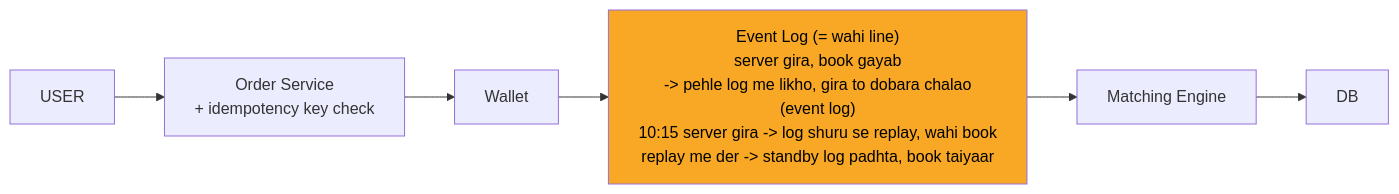
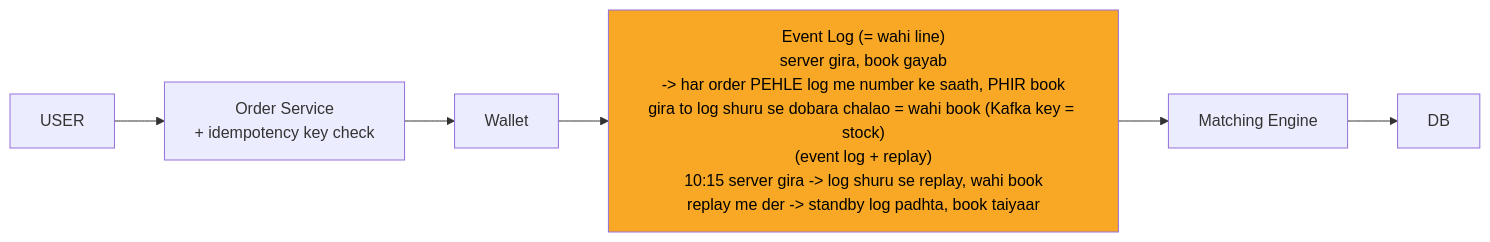
The sixth of 10 diagrams in 04_HLD/SYSTEM_DESIGNS/05_stock_broker_trading/05_stock_broker_trading.md (ArpanMaheshwari144/Prep), drawn with Mermaid before and after one commit. The commit also changed other lines of this file and 13 other files, not shown here.

````diff
--- a/04_HLD/SYSTEM_DESIGNS/05_stock_broker_trading/05_stock_broker_trading.md
+++ b/04_HLD/SYSTEM_DESIGNS/05_stock_broker_trading/05_stock_broker_trading.md
@@ -235,16 +239,16 @@
 ```mermaid
 %%{init: {"flowchart": {"wrappingWidth": 450}}}%%
 flowchart LR
     n_USER["USER"]
     n_Order_Service["Order Service<br/>+ idempotency key check"]
     n_Wallet["Wallet"]
-    n_Event_Log["Event Log (= wahi line)<br/>server gira, book gayab<br/>-> pehle log me likho, gira to dobara chalao<br/>(event log)<br/>10:15 server gira -> log shuru se replay, wahi book<br/>replay me der -> standby log padhta, book taiyaar"]
+    n_Event_Log["Event Log (= wahi line)<br/>server gira, book gayab<br/>-> har order PEHLE log me number ke saath, PHIR book<br/>gira to log shuru se dobara chalao = wahi book (Kafka key = stock)<br/>(event log + replay)<br/>10:15 server gira -> log shuru se replay, wahi book<br/>replay me der -> standby log padhta, book taiyaar"]
     n_Matching_Engine["Matching Engine"]
     n_DB["DB"]
     n_USER --> n_Order_Service
     n_Order_Service --> n_Wallet
     n_Wallet --> n_Event_Log
     n_Event_Log --> n_Matching_Engine
     n_Matching_Engine --> n_DB
     style n_Event_Log fill:#f9a825,color:#000
 ```
````
